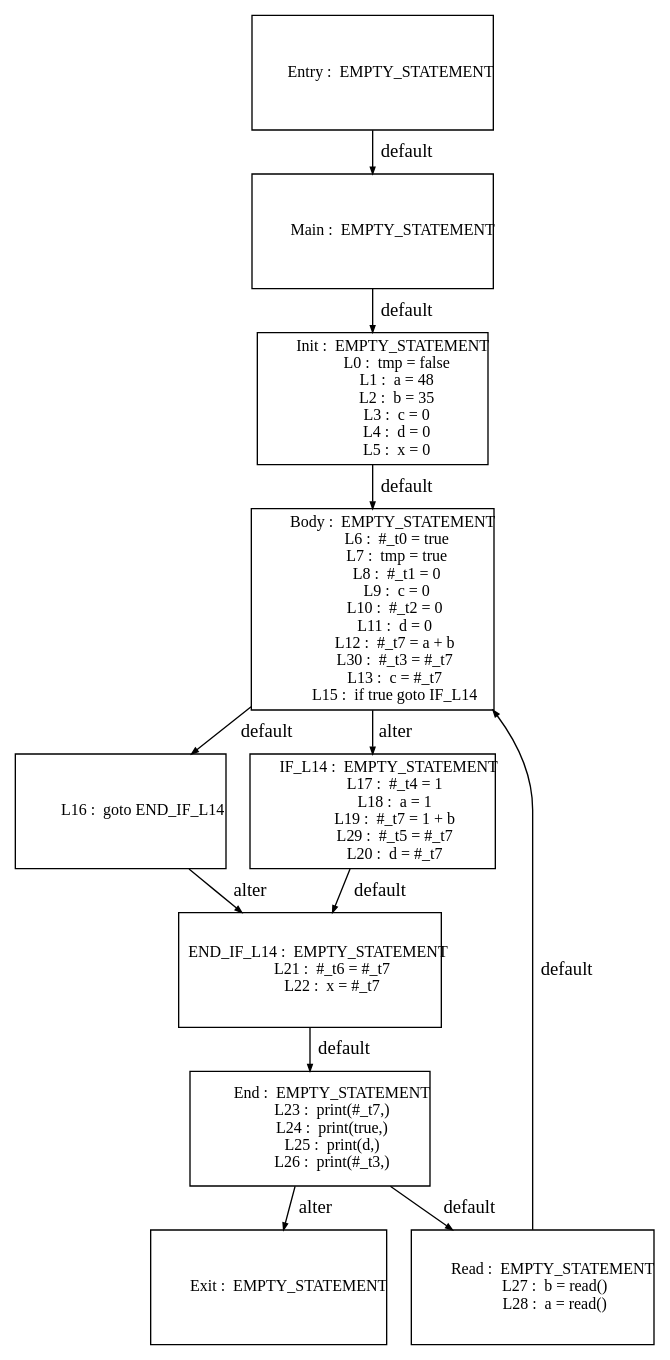
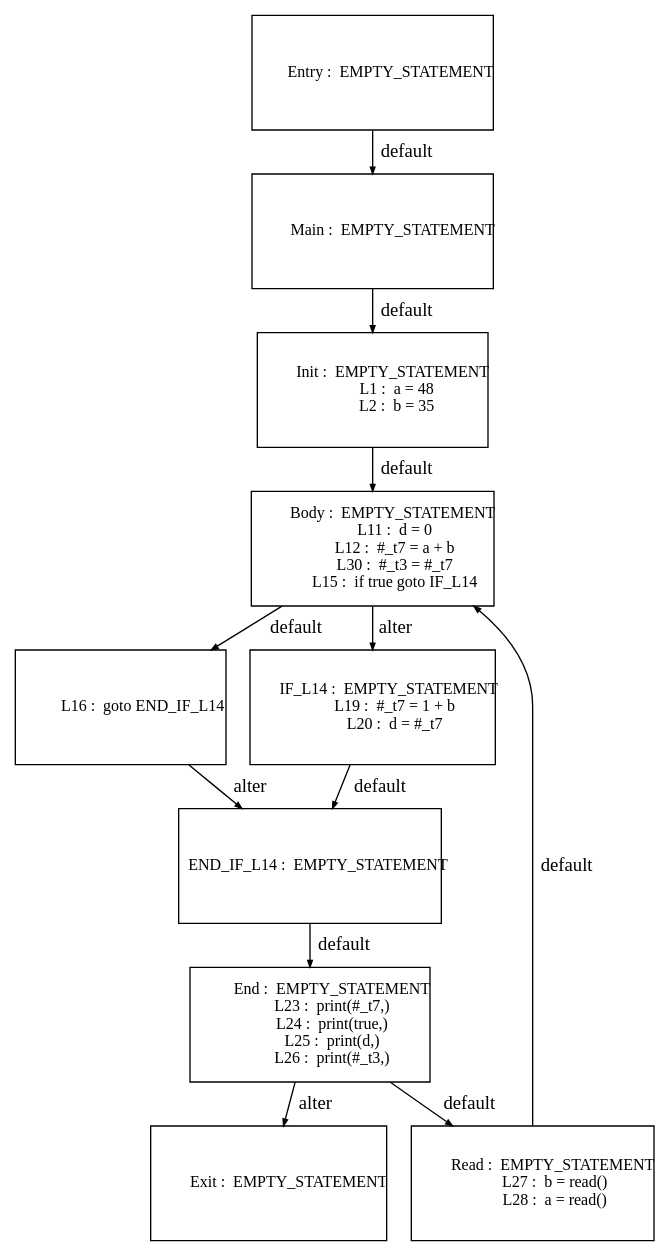
Before and after one commit to Geoffrey1014/ST_DSE: the diagram in tests_programs/dataflow/08_test_output/Graph_CP_0.dot, drawn with Graphviz. The commit also changed 29 other files, not shown here.

```diff
--- a/tests_programs/dataflow/08_test_output/Graph_CP_0.dot
+++ b/tests_programs/dataflow/08_test_output/Graph_CP_0.dot
@@ -1,163 +1,104 @@
 digraph G {
   ranksep=.25;
   edge [arrowsize=.5]
   node [shape=rectangle, fontname="ArialNarrow",
         fontsize=12,  height=1.2];
   "           Main :  EMPTY_STATEMENT
 "; "           Init :  EMPTY_STATEMENT
-             L0 :  tmp = false
              L1 :  a = 48
              L2 :  b = 35
-             L3 :  c = 0
-             L4 :  d = 0
-             L5 :  x = 0
 "; "           Body :  EMPTY_STATEMENT
-             L6 :  #_t0 = true
-             L7 :  tmp = true
-             L8 :  #_t1 = 0
-             L9 :  c = 0
-            L10 :  #_t2 = 0
             L11 :  d = 0
             L12 :  #_t7 = a + b
             L30 :  #_t3 = #_t7
-            L13 :  c = #_t7
             L15 :  if true goto IF_L14
 "; "            L16 :  goto END_IF_L14
 "; "         IF_L14 :  EMPTY_STATEMENT
-            L17 :  #_t4 = 1
-            L18 :  a = 1
             L19 :  #_t7 = 1 + b
-            L29 :  #_t5 = #_t7
             L20 :  d = #_t7
 "; "     END_IF_L14 :  EMPTY_STATEMENT
-            L21 :  #_t6 = #_t7
-            L22 :  x = #_t7
 "; "          Entry :  EMPTY_STATEMENT
 "; "            End :  EMPTY_STATEMENT
             L23 :  print(#_t7,)
             L24 :  print(true,)
             L25 :  print(d,)
             L26 :  print(#_t3,)
 "; "           Exit :  EMPTY_STATEMENT
 "; "           Read :  EMPTY_STATEMENT
             L27 :  b = read()
             L28 :  a = read()
 "; 
   "           Main :  EMPTY_STATEMENT
 " -> "           Init :  EMPTY_STATEMENT
-             L0 :  tmp = false
              L1 :  a = 48
              L2 :  b = 35
-             L3 :  c = 0
-             L4 :  d = 0
-             L5 :  x = 0
 "  [label="default"];
   "           Init :  EMPTY_STATEMENT
-             L0 :  tmp = false
              L1 :  a = 48
              L2 :  b = 35
-             L3 :  c = 0
-             L4 :  d = 0
-             L5 :  x = 0
 " -> "           Body :  EMPTY_STATEMENT
-             L6 :  #_t0 = true
-             L7 :  tmp = true
-             L8 :  #_t1 = 0
-             L9 :  c = 0
-            L10 :  #_t2 = 0
             L11 :  d = 0
             L12 :  #_t7 = a + b
             L30 :  #_t3 = #_t7
-            L13 :  c = #_t7
             L15 :  if true goto IF_L14
 "  [label="default"];
   "           Body :  EMPTY_STATEMENT
-             L6 :  #_t0 = true
-             L7 :  tmp = true
-             L8 :  #_t1 = 0
-             L9 :  c = 0
-            L10 :  #_t2 = 0
             L11 :  d = 0
             L12 :  #_t7 = a + b
             L30 :  #_t3 = #_t7
-            L13 :  c = #_t7
             L15 :  if true goto IF_L14
 " -> "            L16 :  goto END_IF_L14
 "  [label="default"];
   "           Body :  EMPTY_STATEMENT
-             L6 :  #_t0 = true
-             L7 :  tmp = true
-             L8 :  #_t1 = 0
-             L9 :  c = 0
-            L10 :  #_t2 = 0
             L11 :  d = 0
             L12 :  #_t7 = a + b
             L30 :  #_t3 = #_t7
-            L13 :  c = #_t7
             L15 :  if true goto IF_L14
 " -> "         IF_L14 :  EMPTY_STATEMENT
-            L17 :  #_t4 = 1
-            L18 :  a = 1
             L19 :  #_t7 = 1 + b
-            L29 :  #_t5 = #_t7
             L20 :  d = #_t7
 "  [label="alter"];
   "            L16 :  goto END_IF_L14
 " -> "     END_IF_L14 :  EMPTY_STATEMENT
-            L21 :  #_t6 = #_t7
-            L22 :  x = #_t7
 "  [label="alter"];
   "         IF_L14 :  EMPTY_STATEMENT
-            L17 :  #_t4 = 1
-            L18 :  a = 1
             L19 :  #_t7 = 1 + b
-            L29 :  #_t5 = #_t7
             L20 :  d = #_t7
 " -> "     END_IF_L14 :  EMPTY_STATEMENT
-            L21 :  #_t6 = #_t7
-            L22 :  x = #_t7
 "  [label="default"];
   "     END_IF_L14 :  EMPTY_STATEMENT
-            L21 :  #_t6 = #_t7
-            L22 :  x = #_t7
 " -> "            End :  EMPTY_STATEMENT
             L23 :  print(#_t7,)
             L24 :  print(true,)
             L25 :  print(d,)
             L26 :  print(#_t3,)
 "  [label="default"];
   "          Entry :  EMPTY_STATEMENT
 " -> "           Main :  EMPTY_STATEMENT
 "  [label="default"];
   "            End :  EMPTY_STATEMENT
             L23 :  print(#_t7,)
             L24 :  print(true,)
             L25 :  print(d,)
             L26 :  print(#_t3,)
 " -> "           Read :  EMPTY_STATEMENT
             L27 :  b = read()
             L28 :  a = read()
 "  [label="default"];
   "            End :  EMPTY_STATEMENT
             L23 :  print(#_t7,)
             L24 :  print(true,)
             L25 :  print(d,)
             L26 :  print(#_t3,)
 " -> "           Exit :  EMPTY_STATEMENT
 "  [label="alter"];
   "           Read :  EMPTY_STATEMENT
             L27 :  b = read()
             L28 :  a = read()
 " -> "           Body :  EMPTY_STATEMENT
-             L6 :  #_t0 = true
-             L7 :  tmp = true
-             L8 :  #_t1 = 0
-             L9 :  c = 0
-            L10 :  #_t2 = 0
             L11 :  d = 0
             L12 :  #_t7 = a + b
             L30 :  #_t3 = #_t7
-            L13 :  c = #_t7
             L15 :  if true goto IF_L14
 "  [label="default"];
 }
```
